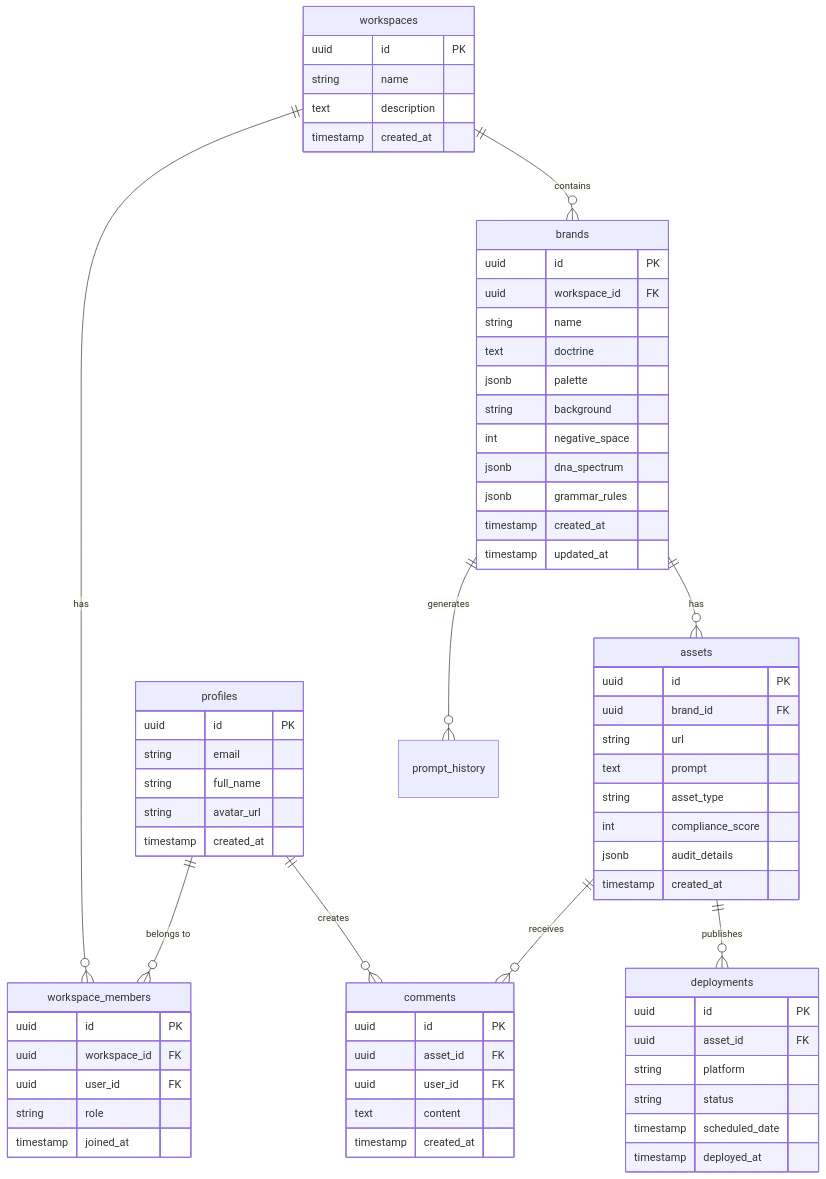
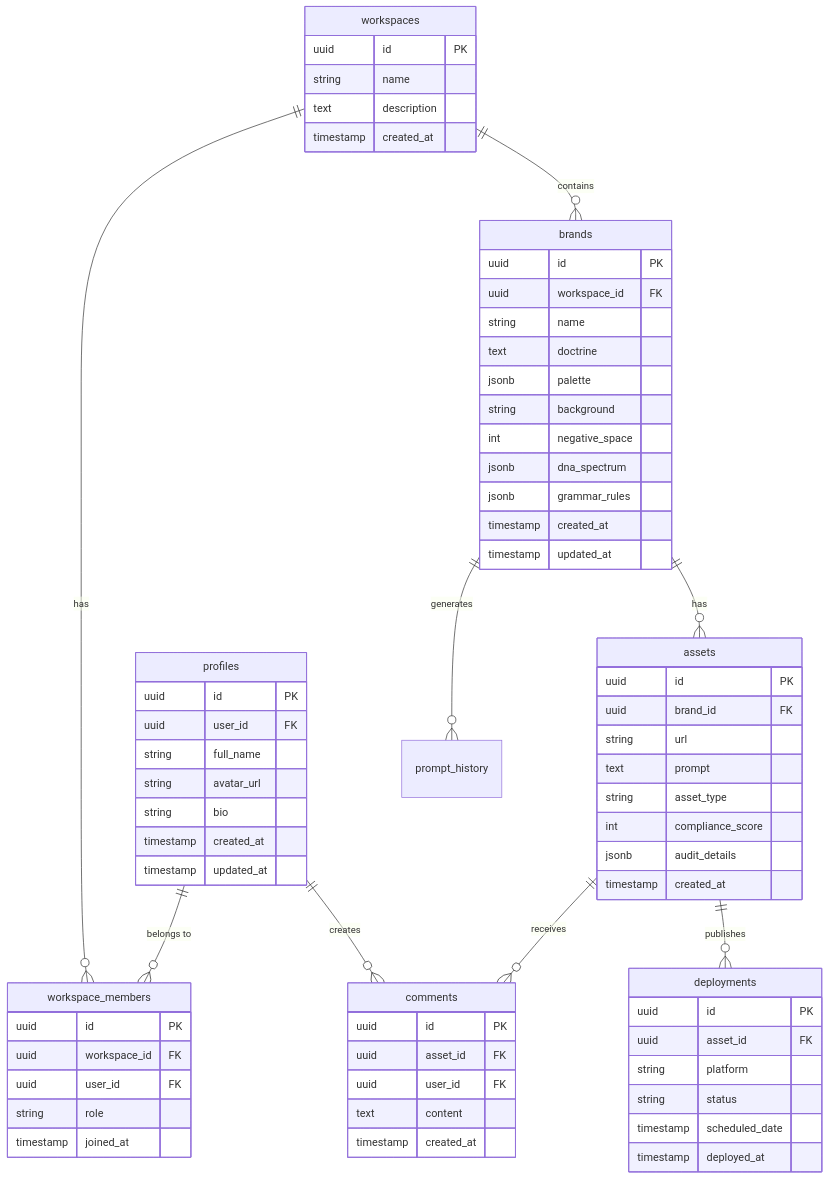
Before and after one commit to iDorgham/BrandOS: the second of 3 diagrams in docs/TECHNICAL_ARCHITECTURE.md, drawn with Mermaid. The commit also changed other lines of this file and 5 other files, not shown here.

````diff
--- a/docs/TECHNICAL_ARCHITECTURE.md
+++ b/docs/TECHNICAL_ARCHITECTURE.md
@@ -307,76 +307,78 @@
 ```mermaid
 erDiagram
     profiles ||--o{ workspace_members : "belongs to"
     workspaces ||--o{ workspace_members : "has"
     workspaces ||--o{ brands : "contains"
     brands ||--o{ assets : "has"
     brands ||--o{ prompt_history : "generates"
     assets ||--o{ comments : "receives"
     assets ||--o{ deployments : "publishes"
     profiles ||--o{ comments : "creates"
     
     profiles {
         uuid id PK
-        string email
+        uuid user_id FK
         string full_name
         string avatar_url
+        string bio
         timestamp created_at
+        timestamp updated_at
     }
     
     workspaces {
         uuid id PK
         string name
         text description
         timestamp created_at
     }
     
     workspace_members {
         uuid id PK
         uuid workspace_id FK
         uuid user_id FK
         string role
         timestamp joined_at
     }
     
     brands {
         uuid id PK
         uuid workspace_id FK
         string name
         text doctrine
         jsonb palette
         string background
         int negative_space
         jsonb dna_spectrum
         jsonb grammar_rules
         timestamp created_at
         timestamp updated_at
     }
     
     assets {
         uuid id PK
         uuid brand_id FK
         string url
         text prompt
         string asset_type
         int compliance_score
         jsonb audit_details
         timestamp created_at
     }
     
     deployments {
         uuid id PK
         uuid asset_id FK
         string platform
         string status
         timestamp scheduled_date
         timestamp deployed_at
     }
     
     comments {
         uuid id PK
         uuid asset_id FK
         uuid user_id FK
         text content
         timestamp created_at
     }
 ```
````
